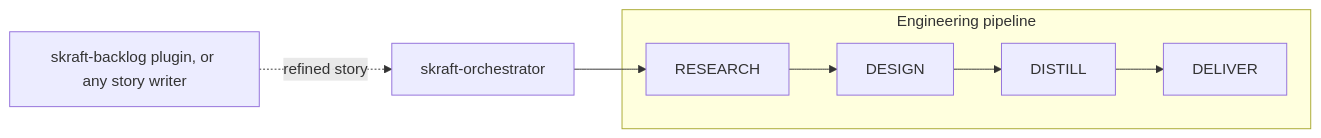
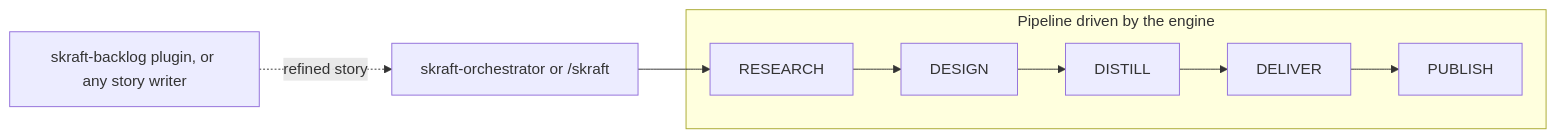
Before and after one commit to SebastienDegodez/skraft-plugin: the diagram in plugins/skraft-framework/README.md, drawn with Mermaid. The commit also changed other lines of this file, not shown here.

First line of the commit message:
docs(plugin): rewrite the plugin README for V2

````diff
--- a/plugins/skraft-framework/README.md
+++ b/plugins/skraft-framework/README.md
@@ -39,8 +70,8 @@
 ```mermaid
 flowchart LR
-    P[skraft-backlog plugin, or any story writer] -. refined story .-> O[skraft-orchestrator]
-    subgraph Engineering pipeline
-        R[RESEARCH] --> A[DESIGN] --> T[DISTILL] --> I[DELIVER]
+    P[skraft-backlog plugin, or any story writer] -. refined story .-> O[skraft-orchestrator or /skraft]
+    subgraph Pipeline driven by the engine
+        R[RESEARCH] --> A[DESIGN] --> T[DISTILL] --> I[DELIVER] --> U[PUBLISH]
     end
     O --> R
 ```
````
